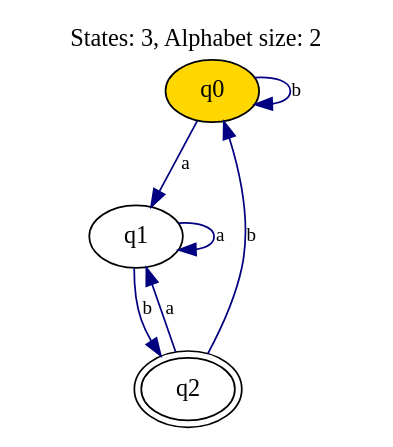
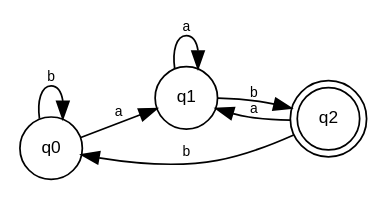
The diagram in examples/binary_operations/a.dot (amosnyirenda123/fintom), drawn with Graphviz before and after one commit. The commit also changed 8 other files, not shown here.

```diff
--- a/examples/binary_operations/a.dot
+++ b/examples/binary_operations/a.dot
@@ -1,23 +1,18 @@
 digraph Automaton {
   // Automaton properties
-  rankdir=TB;
-  node [shape=ellipse, fontname="Times-Roman", fontsize=14];
-  edge [fontname="Times-Roman", fontsize=11, color="navy"];
-  // Metadata
-  label="States: 3, Alphabet size: 2";
-  labelloc=top;
-  // Alphabet: "a", "b"
-
+  rankdir=LR;
+  node [shape=circle, fontname="Helvetica", fontsize=10];
+  edge [fontname="Helvetica", fontsize=8, color="black"];
   // State declarations
-  "q0" [style=filled, fillcolor=gold, tooltip="2 transitions"];
-  "q1" [fillcolor=ghostwhite, tooltip="2 transitions"];
-  "q2" [peripheries=2, fillcolor=ghostwhite, tooltip="2 transitions"];
+  "q0" [fillcolor=white];
+  "q1" [fillcolor=white];
+  "q2" [peripheries=2, fillcolor=white];
 
   // Transitions
   "q0" -> "q0" [label="b"];
   "q0" -> "q1" [label="a"];
   "q1" -> "q2" [label="b"];
   "q1" -> "q1" [label="a"];
   "q2" -> "q0" [label="b"];
   "q2" -> "q1" [label="a"];
 }
```
